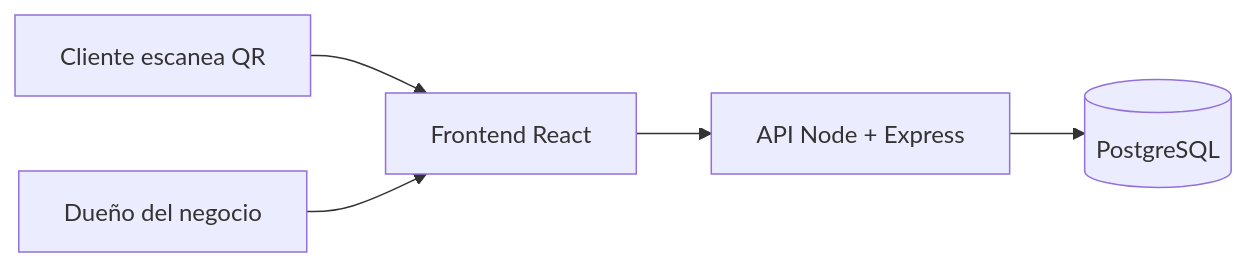
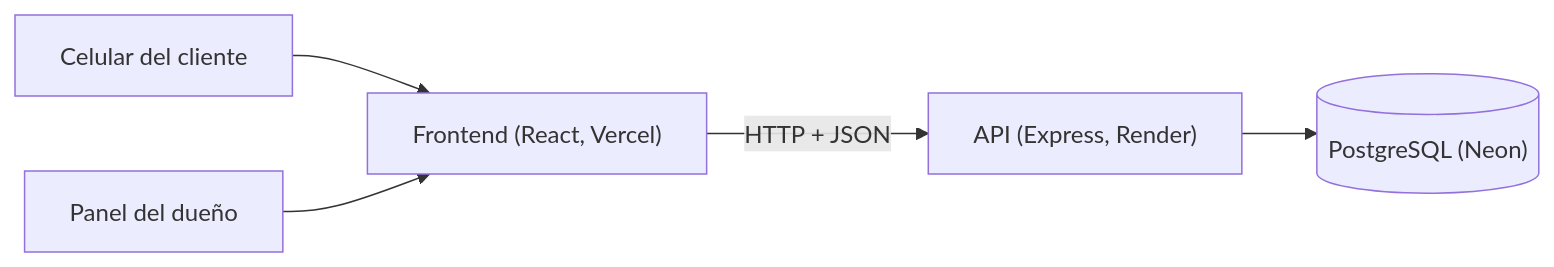
One commit to OscarSO17/turnos-qr changed the first of 3 diagrams in README.md. Above: the diagram before and after it, drawn with Mermaid. The commit also changed other lines of this file, not shown here.

Commit message:
Reescribe el README con decisiones técnicas, API y limitaciones

````diff
--- a/README.md
+++ b/README.md
@@ -28,7 +25,7 @@
 ```mermaid
 flowchart LR
-  A[Cliente escanea QR] --> B[Frontend React]
-  E[Dueño del negocio] --> B
-  B --> C[API Node + Express]
-  C --> D[(PostgreSQL)]
+  C["Celular del cliente"] --> F["Frontend (React, Vercel)"]
+  D["Panel del dueño"] --> F
+  F -->|"HTTP + JSON"| A["API (Express, Render)"]
+  A --> B[("PostgreSQL (Neon)")]
 ```
````
